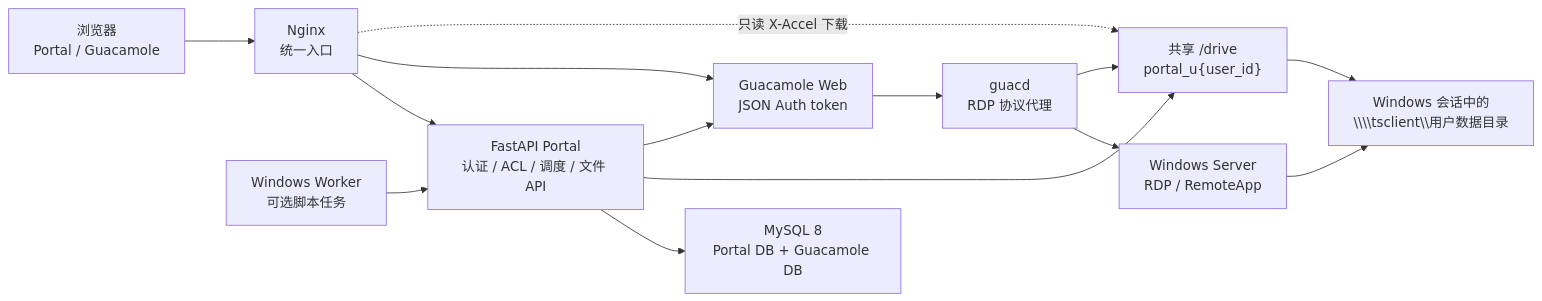
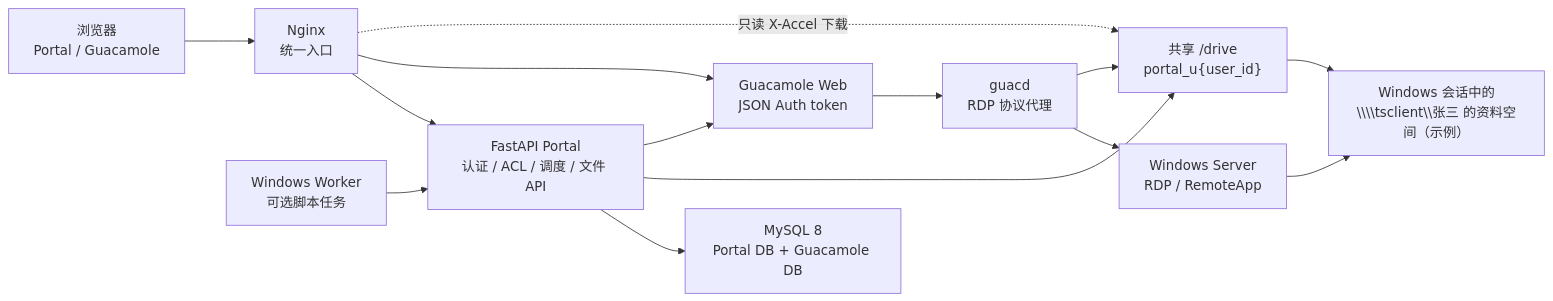
The first of 5 diagrams in README.md (MagicXran/gucamole_app), drawn with Mermaid before and after one commit. The commit also changed other lines of this file and 25 other files, not shown here.

````diff
--- a/README.md
+++ b/README.md
@@ -74,16 +74,16 @@
 ```mermaid
 flowchart LR
     Browser["浏览器\nPortal / Guacamole"] --> Nginx["Nginx\n统一入口"]
     Nginx --> Portal["FastAPI Portal\n认证 / ACL / 调度 / 文件 API"]
     Nginx --> GuacWeb["Guacamole Web\nJSON Auth token"]
     Portal --> MySQL["MySQL 8\nPortal DB + Guacamole DB"]
     Portal --> Drive["共享 /drive\nportal_u{user_id}"]
     Portal --> GuacWeb
     GuacWeb --> Guacd["guacd\nRDP 协议代理"]
     Guacd --> WindowsHost["Windows Server\nRDP / RemoteApp"]
     Guacd --> Drive
     Nginx -. "只读 X-Accel 下载" .-> Drive
-    Drive --> GuacDrive["Windows 会话中的\n\\\\tsclient\\用户数据目录"]
+    Drive --> GuacDrive["Windows 会话中的\n\\\\tsclient\\张三 的资料空间（示例）"]
     WindowsHost --> GuacDrive
     Worker["Windows Worker\n可选脚本任务"] --> Portal
 ```
````
